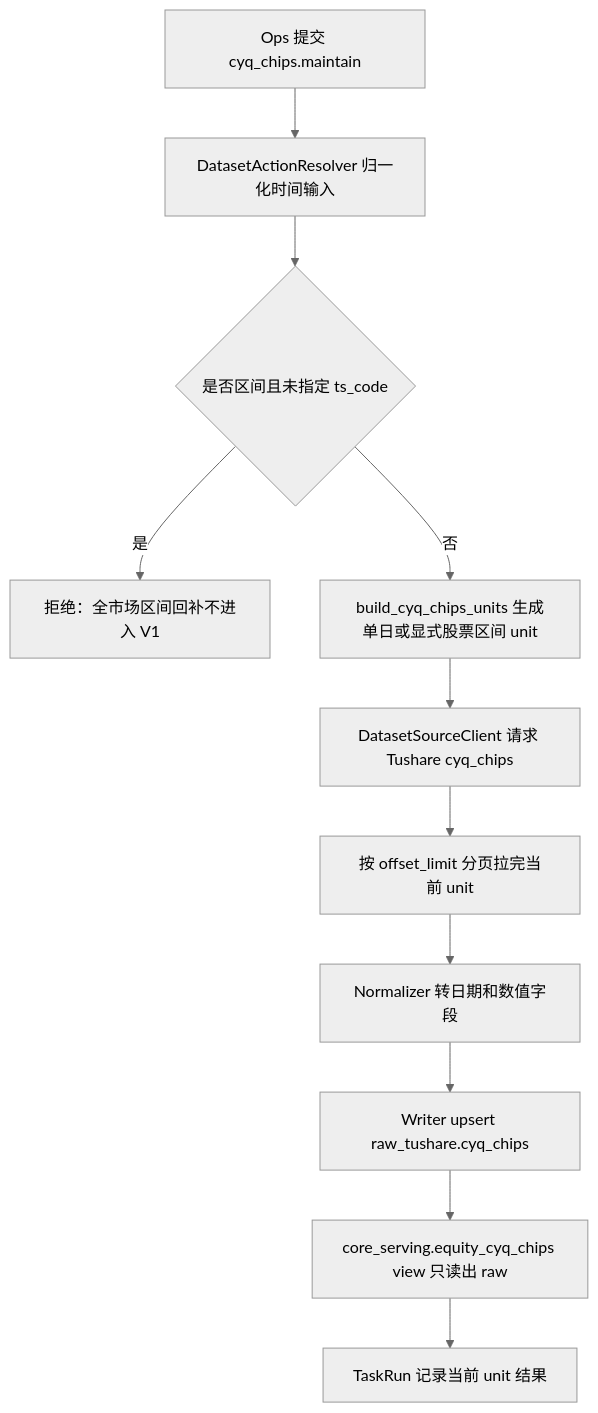
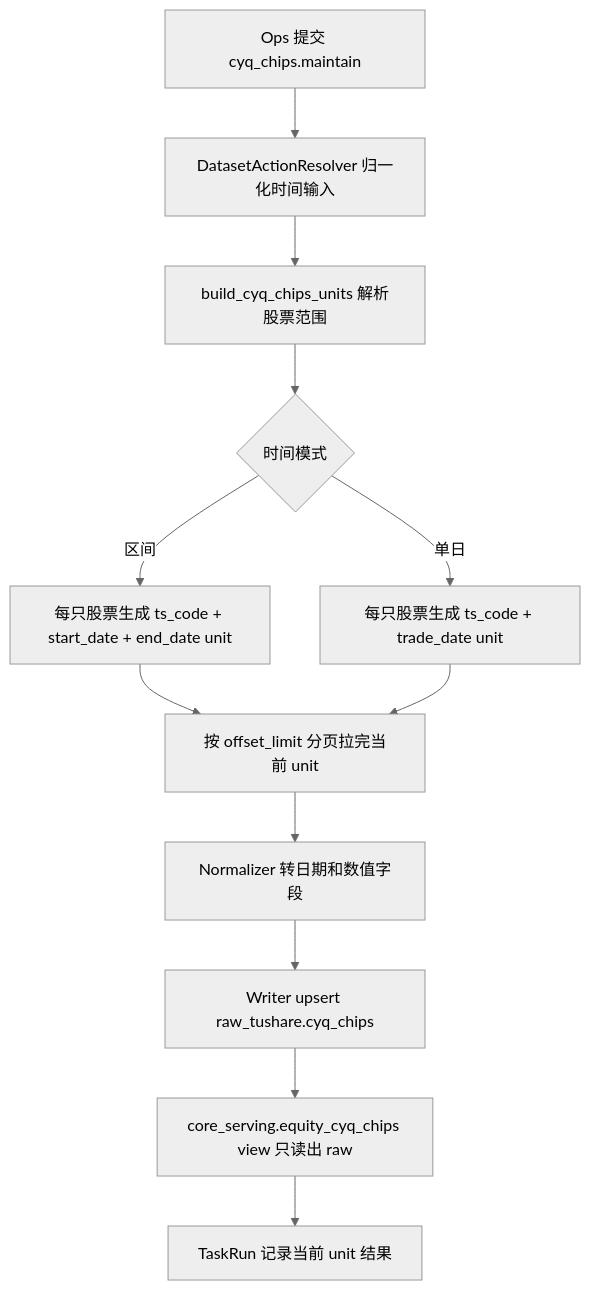
Before and after one commit to chiuser/goldenshare: the diagram in docs/datasets/cyq-chips-dataset-development.md, drawn with Mermaid (neutral theme). The commit also changed other lines of this file and 22 other files, not shown here.

Commit message:
add cyq chips dataset

````diff
--- a/docs/datasets/cyq-chips-dataset-development.md
+++ b/docs/datasets/cyq-chips-dataset-development.md
@@ -237,13 +241,14 @@
 ```mermaid
 flowchart TD
     A["Ops 提交 cyq_chips.maintain"] --> B["DatasetActionResolver 归一化时间输入"]
-    B --> C{"是否区间且未指定 ts_code"}
-    C -- "是" --> D["拒绝：全市场区间回补不进入 V1"]
-    C -- "否" --> E["build_cyq_chips_units 生成单日或显式股票区间 unit"]
-    E --> F["DatasetSourceClient 请求 Tushare cyq_chips"]
+    B --> C["build_cyq_chips_units 解析股票范围"]
+    C --> D{"时间模式"}
+    D -- "单日" --> E["每只股票生成 ts_code + trade_date unit"]
+    D -- "区间" --> F["每只股票生成 ts_code + start_date + end_date unit"]
     F --> G["按 offset_limit 分页拉完当前 unit"]
+    E --> G
     G --> H["Normalizer 转日期和数值字段"]
     H --> I["Writer upsert raw_tushare.cyq_chips"]
     I --> J["core_serving.equity_cyq_chips view 只读出 raw"]
     J --> K["TaskRun 记录当前 unit 结果"]
 ```
````
